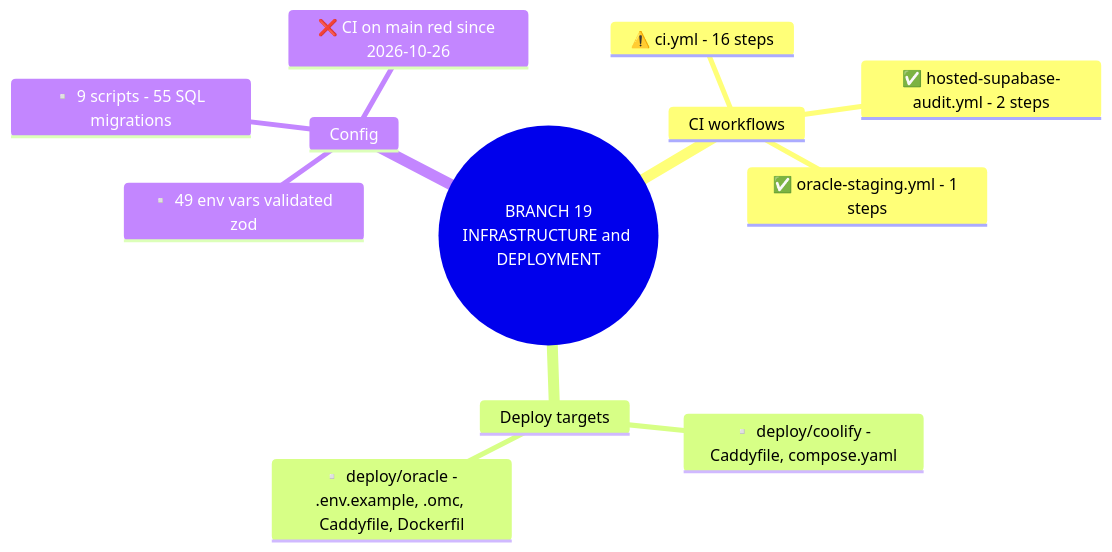
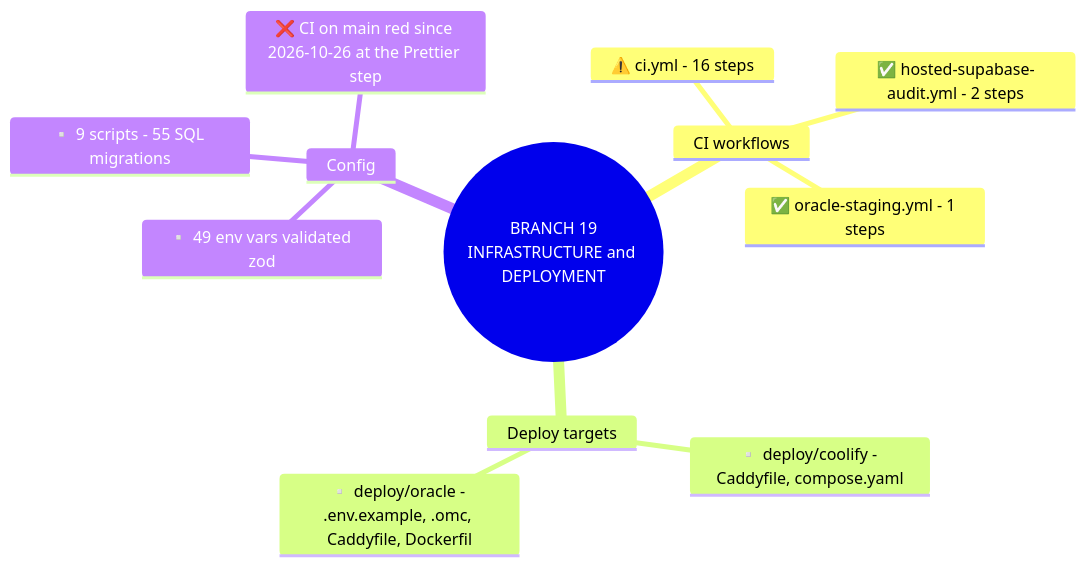
One commit to yhsomani/talentsphere-complete changed diagram 21 of 22 in project-mindmap/master/MASTER_PROJECT_DIAGRAMS.md. Above: the diagram before and after it, drawn with Mermaid. The commit also changed other lines of this file and 29 other files, not shown here.

First line of the commit message:
docs: execution-backed project mind map, stable IDs and docs-vs-code reconciliation

````diff
--- a/project-mindmap/master/MASTER_PROJECT_DIAGRAMS.md
+++ b/project-mindmap/master/MASTER_PROJECT_DIAGRAMS.md
@@ -555,15 +578,15 @@
 ```mermaid
 mindmap
   root(("BRANCH 19<br/>INFRASTRUCTURE and DEPLOYMENT"))
     CI workflows
       ⚠️ ci.yml - 16 steps
       ✅ hosted-supabase-audit.yml - 2 steps
       ✅ oracle-staging.yml - 1 steps
     Deploy targets
       ▫️ deploy/coolify - Caddyfile, compose.yaml
       ▫️ deploy/oracle - .env.example, .omc, Caddyfile, Dockerfil
     Config
       ▫️ 49 env vars validated zod
       ▫️ 9 scripts - 55 SQL migrations
-      ❌ CI on main red since 2026-10-26
+      ❌ CI on main red since 2026-10-26 at the Prettier step
 ```
````
